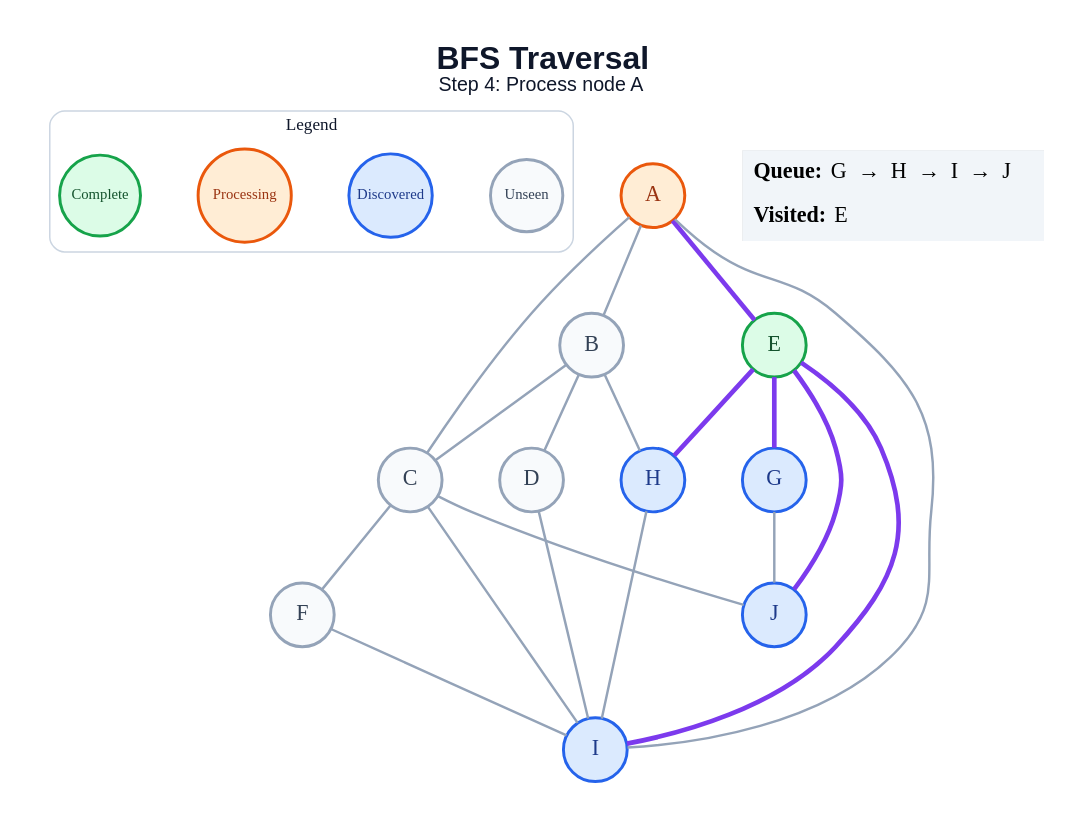
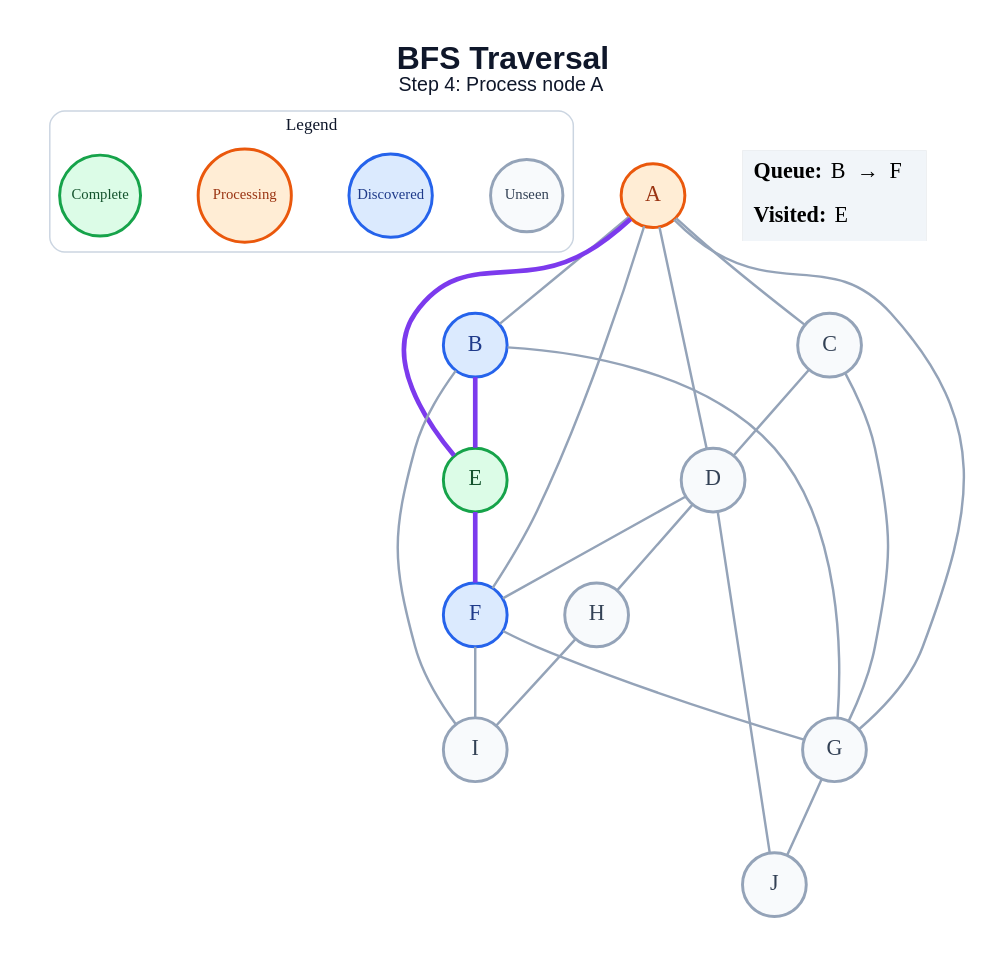
Before and after one commit to amanghodawala9/ai-slop: the diagram in generated/specific-node/bfs/step_04.dot, drawn with Graphviz. The commit also changed 178 other files, not shown here.

```diff
--- a/generated/specific-node/bfs/step_04.dot
+++ b/generated/specific-node/bfs/step_04.dot
@@ -1,47 +1,48 @@
 graph traversal {
   graph [layout=dot, rankdir=TB, bgcolor="#FFFFFF", pad="0.35", nodesep="0.65", ranksep="0.8", fontname="Arial"];
   node [shape=circle, style="filled", fontname="Arial Bold", fontsize=18, width=0.72, fixedsize=true, penwidth=2.4];
   edge [color="#94A3B8", penwidth=2.0];
   label=<<B>BFS Traversal</B><BR/><FONT POINT-SIZE="16">Step 4: Process node A</FONT>>; labelloc="t"; fontsize=26; fontname="Arial"; fontcolor="#0F172A";
   subgraph cluster_legend { label="Legend"; color="#CBD5E1"; penwidth=1.2; style="rounded"; fontsize=14; fontname="Arial Bold";
     key_unseen [label="Unseen", fillcolor="#F8FAFC", color="#94A3B8", fontcolor="#334155", fontsize=12, width=0.82];
     key_frontier [label="Discovered", fillcolor="#DBEAFE", color="#2563EB", fontcolor="#1E3A8A", fontsize=12, width=0.95];
     key_current [label="Processing", fillcolor="#FFEDD5", color="#EA580C", fontcolor="#9A3412", fontsize=12, width=1.05];
     key_done [label="Complete", fillcolor="#DCFCE7", color="#16A34A", fontcolor="#14532D", fontsize=12, width=0.92];
     { rank=same; key_unseen; key_frontier; key_current; key_done; }
   }
   A [fillcolor="#FFEDD5", color="#EA580C", fontcolor="#9A3412"];
-  B [fillcolor="#F8FAFC", color="#94A3B8", fontcolor="#334155"];
+  B [fillcolor="#DBEAFE", color="#2563EB", fontcolor="#1E3A8A"];
   C [fillcolor="#F8FAFC", color="#94A3B8", fontcolor="#334155"];
   D [fillcolor="#F8FAFC", color="#94A3B8", fontcolor="#334155"];
   E [fillcolor="#DCFCE7", color="#16A34A", fontcolor="#14532D"];
-  F [fillcolor="#F8FAFC", color="#94A3B8", fontcolor="#334155"];
-  G [fillcolor="#DBEAFE", color="#2563EB", fontcolor="#1E3A8A"];
-  H [fillcolor="#DBEAFE", color="#2563EB", fontcolor="#1E3A8A"];
-  I [fillcolor="#DBEAFE", color="#2563EB", fontcolor="#1E3A8A"];
-  J [fillcolor="#DBEAFE", color="#2563EB", fontcolor="#1E3A8A"];
+  F [fillcolor="#DBEAFE", color="#2563EB", fontcolor="#1E3A8A"];
+  G [fillcolor="#F8FAFC", color="#94A3B8", fontcolor="#334155"];
+  H [fillcolor="#F8FAFC", color="#94A3B8", fontcolor="#334155"];
+  I [fillcolor="#F8FAFC", color="#94A3B8", fontcolor="#334155"];
+  J [fillcolor="#F8FAFC", color="#94A3B8", fontcolor="#334155"];
   A -- B;
   A -- C;
+  A -- D;
   A -- E [color="#7C3AED", penwidth=3.8];
-  A -- I;
-  B -- C;
-  B -- D;
-  B -- H;
-  C -- F;
-  C -- I;
-  C -- J;
-  D -- I;
-  E -- G [color="#7C3AED", penwidth=3.8];
-  E -- H [color="#7C3AED", penwidth=3.8];
-  E -- I [color="#7C3AED", penwidth=3.8];
-  E -- J [color="#7C3AED", penwidth=3.8];
+  A -- F;
+  A -- G;
+  B -- E [color="#7C3AED", penwidth=3.8];
+  B -- G;
+  B -- I;
+  C -- D;
+  C -- G;
+  D -- F;
+  D -- H;
+  D -- J;
+  E -- F [color="#7C3AED", penwidth=3.8];
+  F -- G;
   F -- I;
   G -- J;
   H -- I;
   status [shape=plain, fixedsize=false, width=0, height=0, margin=0, label=<
     <TABLE BORDER="0" CELLBORDER="0" CELLPADDING="7" BGCOLOR="#F1F5F9">
-      <TR><TD ALIGN="LEFT"><B>Queue:</B> G  →  H  →  I  →  J</TD></TR>
+      <TR><TD ALIGN="LEFT"><B>Queue:</B> B  →  F</TD></TR>
       <TR><TD ALIGN="LEFT"><B>Visited:</B> E</TD></TR>
     </TABLE>
   >];
 }
```
